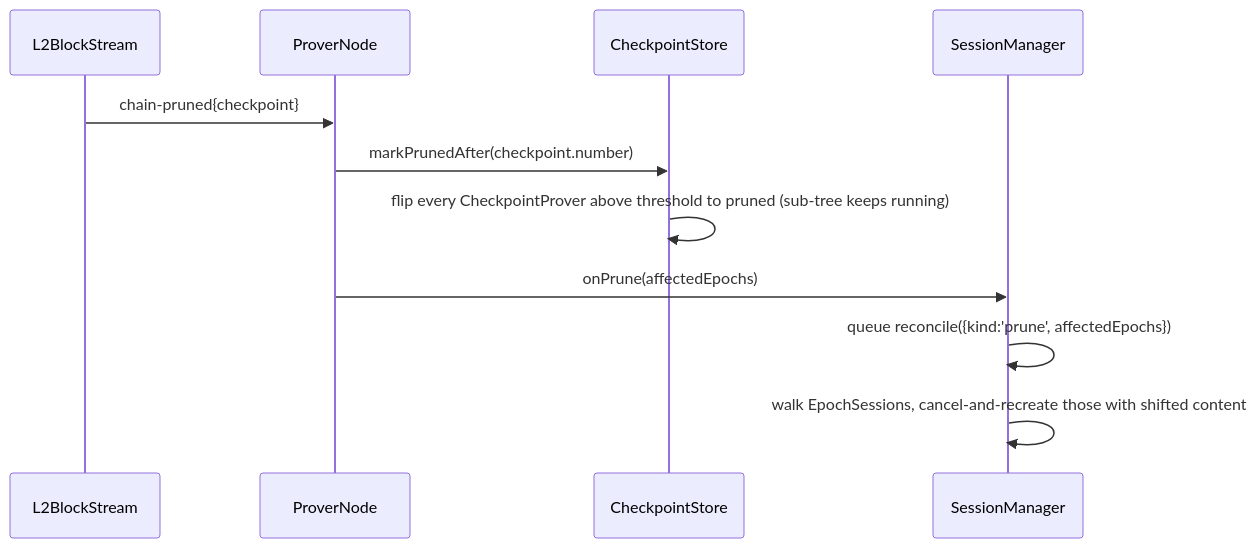
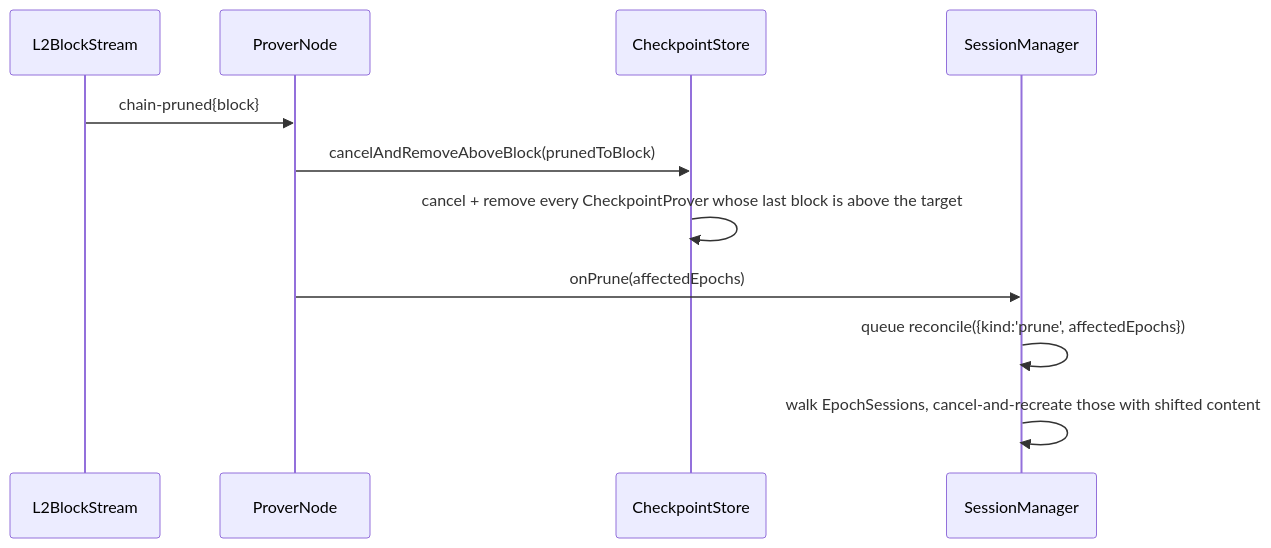
Before and after one commit to aztec-labs-eng/aztec-node: the fifth of 7 diagrams in yarn-project/prover-node/README.md, drawn with Mermaid. The commit also changed other lines of this file and 11 other files, not shown here.

First line of the commit message:
fix(prover-node): rebuild pruned checkpoint provers and recover the epoch (AztecProtocol/aztec-packages#24436)

````diff
--- a/yarn-project/prover-node/README.md
+++ b/yarn-project/prover-node/README.md
@@ -302,14 +297,14 @@
 ```mermaid
 sequenceDiagram
   participant L2 as L2BlockStream
   participant PN as ProverNode
   participant CS as CheckpointStore
   participant SM as SessionManager
 
-  L2->>PN: chain-pruned{checkpoint}
-  PN->>CS: markPrunedAfter(checkpoint.number)
-  CS->>CS: flip every CheckpointProver above threshold to pruned (sub-tree keeps running)
+  L2->>PN: chain-pruned{block}
+  PN->>CS: cancelAndRemoveAboveBlock(prunedToBlock)
+  CS->>CS: cancel + remove every CheckpointProver whose last block is above the target
   PN->>SM: onPrune(affectedEpochs)
   SM->>SM: queue reconcile({kind:'prune', affectedEpochs})
   SM->>SM: walk EpochSessions, cancel-and-recreate those with shifted content
 ```
````
